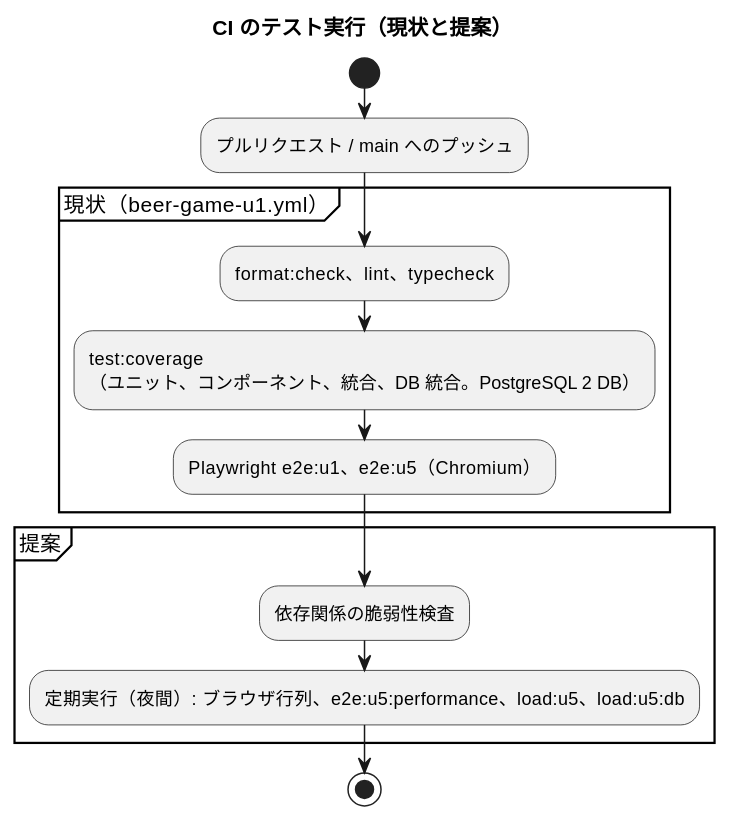
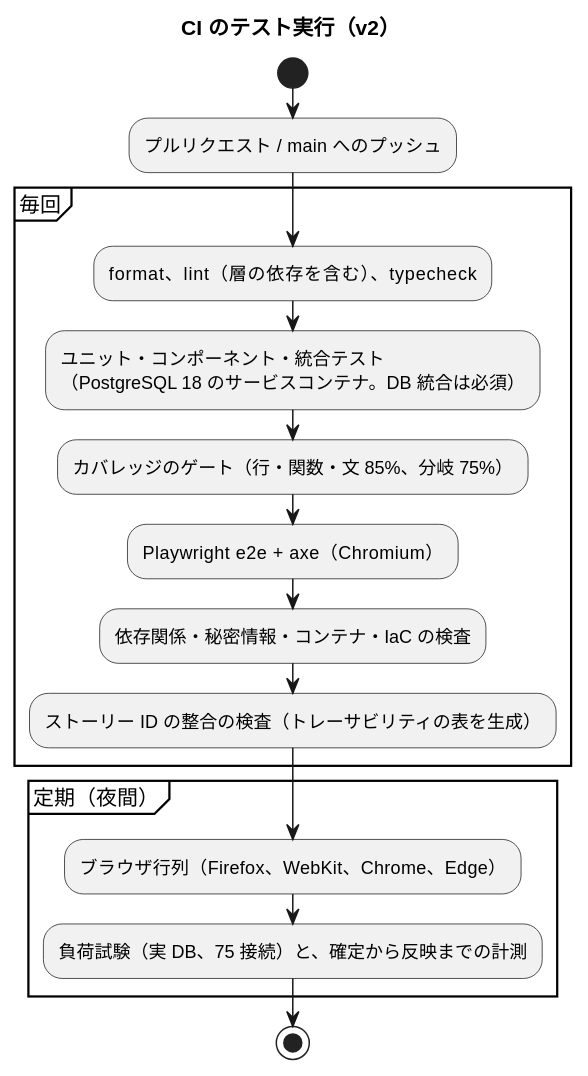
One commit to k2works/case-study-beer-game-simulation changed the second of 2 diagrams in docs/design/beer-game2/test-strategy.md. Above: the diagram before and after it, drawn with PlantUML. The commit also changed other lines of this file and 5 other files, not shown here.

First line of the commit message:
docs(beer-game2): UI 設計・テスト戦略・非機能要件・運用要件を v2 に改訂

````diff
--- a/docs/design/beer-game2/test-strategy.md
+++ b/docs/design/beer-game2/test-strategy.md
@@ -168,18 +166,21 @@
 ```plantuml
 @startuml
-title CI のテスト実行（現状と提案）
+title CI のテスト実行（v2）
 
 start
 :プルリクエスト / main へのプッシュ;
-partition "現状（beer-game-u1.yml）" {
-  :format:check、lint、typecheck;
-  :test:coverage\n（ユニット、コンポーネント、統合、DB 統合。PostgreSQL 2 DB）;
-  :Playwright e2e:u1、e2e:u5（Chromium）;
+partition "毎回" {
+  :format、lint（層の依存を含む）、typecheck;
+  :ユニット・コンポーネント・統合テスト\n（PostgreSQL 18 のサービスコンテナ。DB 統合は必須）;
+  :カバレッジのゲート（行・関数・文 85%、分岐 75%）;
+  :Playwright e2e + axe（Chromium）;
+  :依存関係・秘密情報・コンテナ・IaC の検査;
+  :ストーリー ID の整合の検査（トレーサビリティの表を生成）;
 }
-partition "提案" {
-  :依存関係の脆弱性検査;
-  :定期実行（夜間）: ブラウザ行列、e2e:u5:performance、load:u5、load:u5:db;
+partition "定期（夜間）" {
+  :ブラウザ行列（Firefox、WebKit、Chrome、Edge）;
+  :負荷試験（実 DB、75 接続）と、確定から反映までの計測;
 }
 stop
 @enduml
 ```
````
